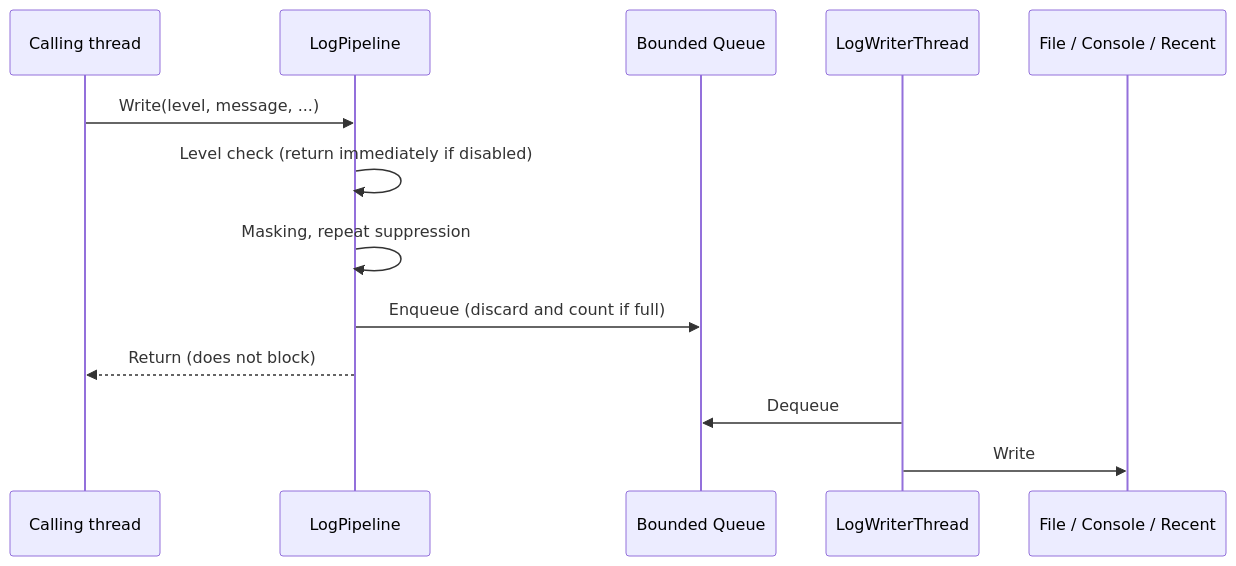
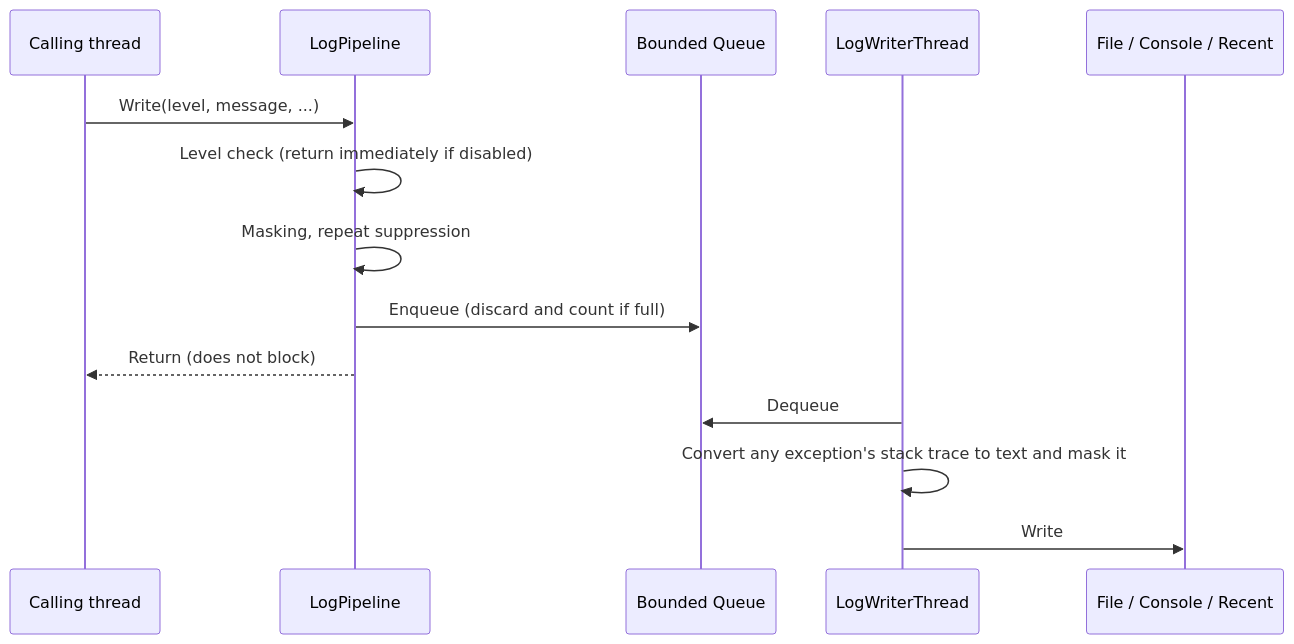
Before and after one commit to Yupopyoi/virtual-vessel-studio: the fourth of 4 diagrams in docs/en/detailed-design/diagnostics-logging.md, drawn with Mermaid. The commit also changed other lines of this file and 1 other file, not shown here.

````diff
--- a/docs/en/detailed-design/diagnostics-logging.md
+++ b/docs/en/detailed-design/diagnostics-logging.md
@@ -330,16 +332,17 @@
 ```mermaid
 sequenceDiagram
     participant Caller as Calling thread
     participant Pipeline as LogPipeline
     participant Queue as Bounded Queue
     participant Writer as LogWriterThread
     participant Sinks as File / Console / Recent
 
     Caller->>Pipeline: Write(level, message, ...)
     Pipeline->>Pipeline: Level check (return immediately if disabled)
     Pipeline->>Pipeline: Masking, repeat suppression
     Pipeline->>Queue: Enqueue (discard and count if full)
     Pipeline-->>Caller: Return (does not block)
     Writer->>Queue: Dequeue
+    Writer->>Writer: Convert any exception's stack trace to text and mask it
     Writer->>Sinks: Write
 ```
````
